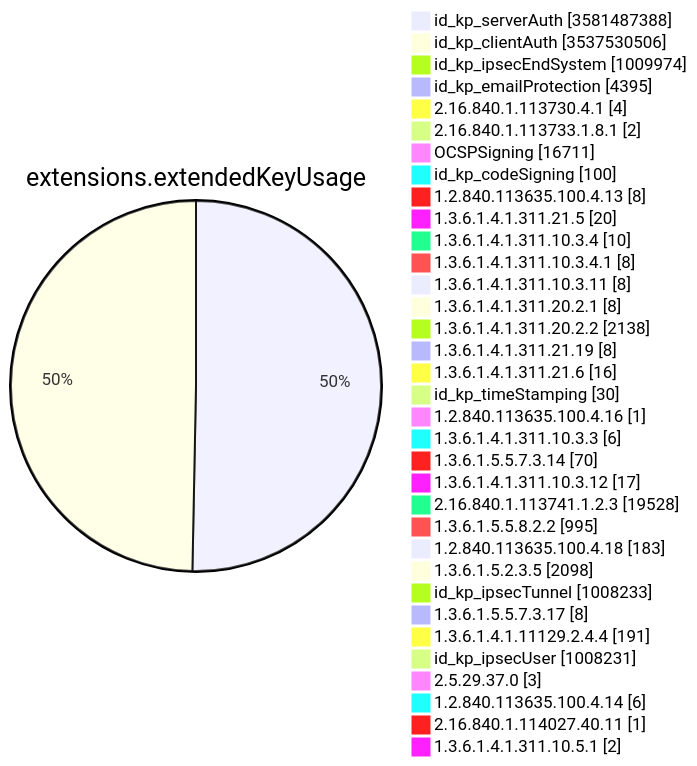
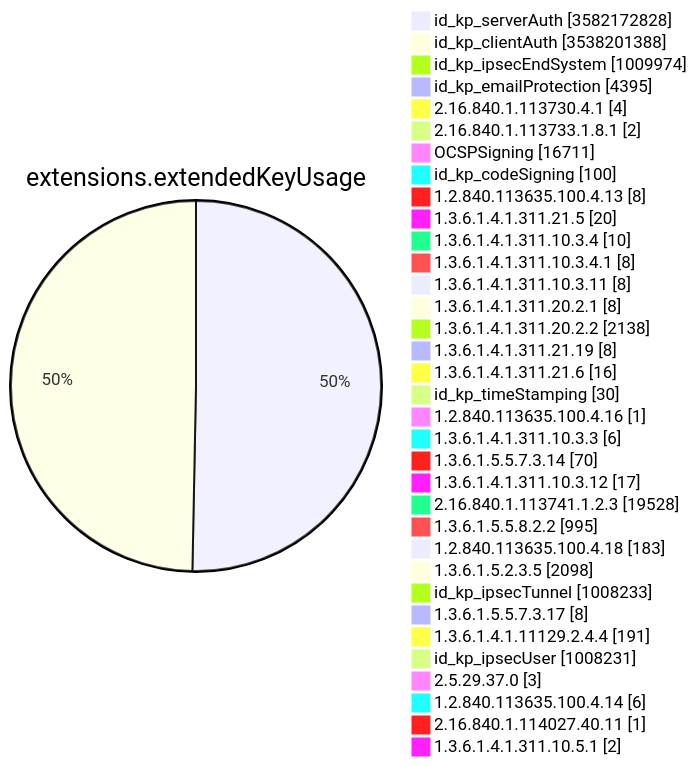
Diagram 11 of 15 in TOTAL/README.md (christiankrug/ctmonitor_visualization), drawn with Mermaid before and after one commit. The commit also changed other lines of this file, not shown here.

````diff
--- a/TOTAL/README.md
+++ b/TOTAL/README.md
@@ -4128,38 +4128,38 @@
 ```mermaid
 pie showData
 title extensions.extendedKeyUsage
-"id_kp_serverAuth" :3581487388
-"id_kp_clientAuth" :3537530506
+"id_kp_serverAuth" :3582172828
+"id_kp_clientAuth" :3538201388
 "id_kp_ipsecEndSystem" :1009974
 "id_kp_emailProtection" :4395
 "2.16.840.1.113730.4.1" :4
 "2.16.840.1.113733.1.8.1" :2
 "OCSPSigning" :16711
 "id_kp_codeSigning" :100
 "1.2.840.113635.100.4.13" :8
 "1.3.6.1.4.1.311.21.5" :20
 "1.3.6.1.4.1.311.10.3.4" :10
 "1.3.6.1.4.1.311.10.3.4.1" :8
 "1.3.6.1.4.1.311.10.3.11" :8
 "1.3.6.1.4.1.311.20.2.1" :8
 "1.3.6.1.4.1.311.20.2.2" :2138
 "1.3.6.1.4.1.311.21.19" :8
 "1.3.6.1.4.1.311.21.6" :16
 "id_kp_timeStamping" :30
 "1.2.840.113635.100.4.16" :1
 "1.3.6.1.4.1.311.10.3.3" :6
 "1.3.6.1.5.5.7.3.14" :70
 "1.3.6.1.4.1.311.10.3.12" :17
 "2.16.840.1.113741.1.2.3" :19528
 "1.3.6.1.5.5.8.2.2" :995
 "1.2.840.113635.100.4.18" :183
 "1.3.6.1.5.2.3.5" :2098
 "id_kp_ipsecTunnel" :1008233
 "1.3.6.1.5.5.7.3.17" :8
 "1.3.6.1.4.1.11129.2.4.4" :191
 "id_kp_ipsecUser" :1008231
 "2.5.29.37.0" :3
 "1.2.840.113635.100.4.14" :6
 "2.16.840.1.114027.40.11" :1
 "1.3.6.1.4.1.311.10.5.1" :2
 ```
````
